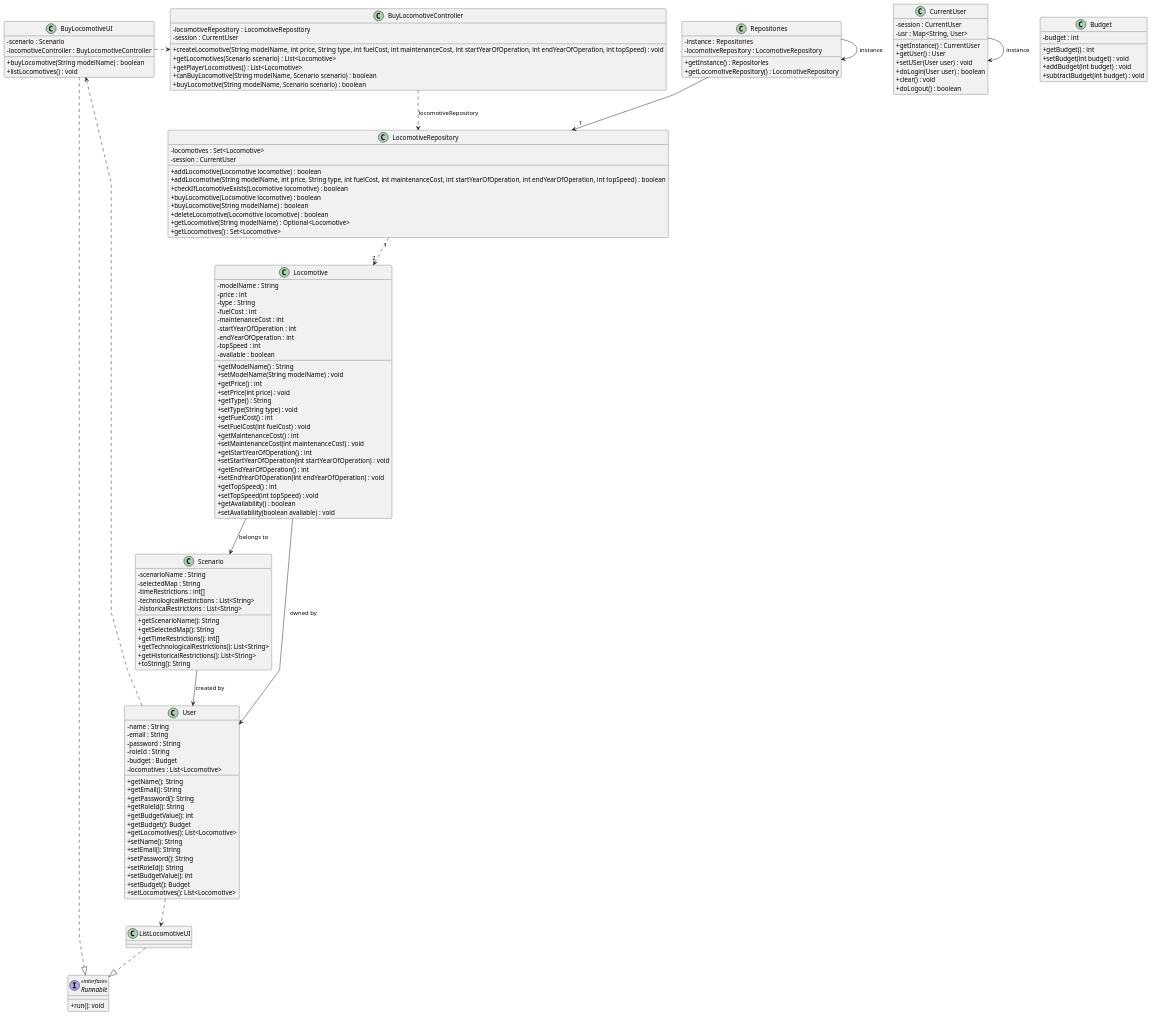
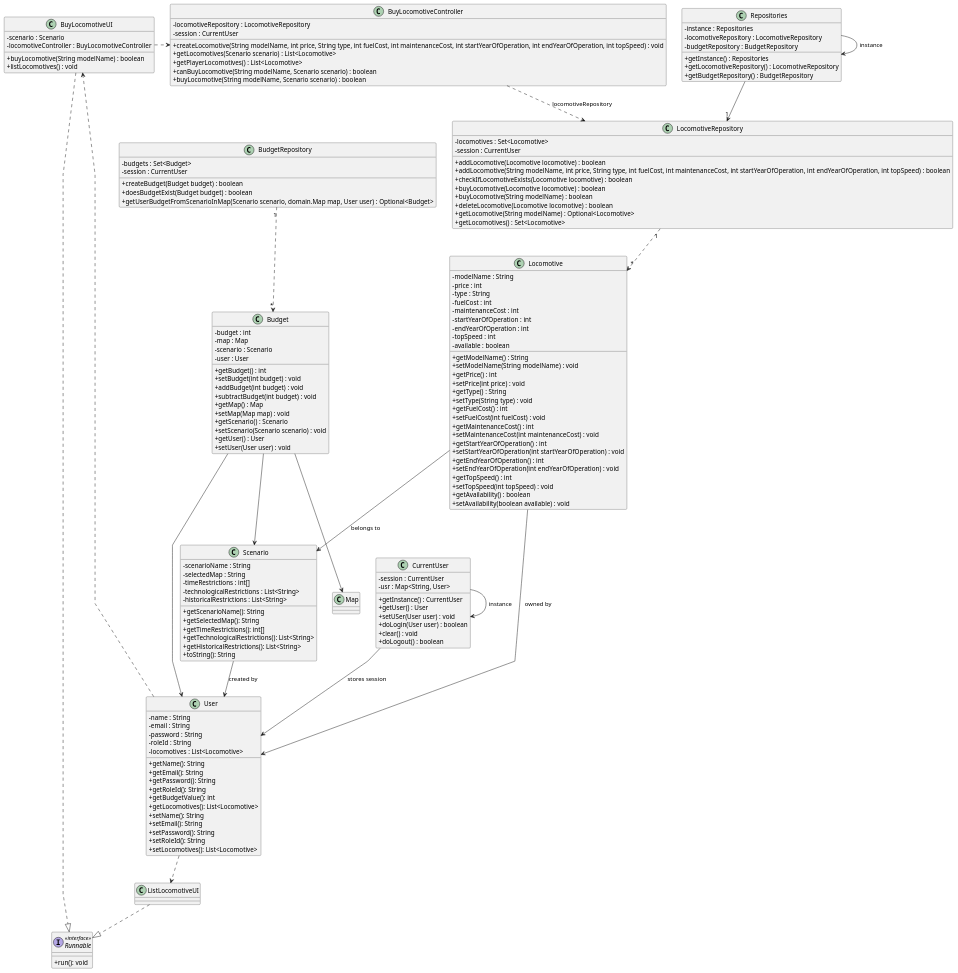
Before and after one commit to goncalolopesp/sem2-pi-24.25-g093-repo: the diagram in docs/system-documentation/US009/03.design/puml/US009-CD.puml, drawn with PlantUML.

Commit message:
US009 - Updated "Class Diagram"

```diff
--- a/docs/system-documentation/US009/03.design/puml/US009-CD.puml
+++ b/docs/system-documentation/US009/03.design/puml/US009-CD.puml
@@ -1,168 +1,189 @@
 @startuml US009-CD
 skinparam packageStyle rectangle
 skinparam shadowing false
 skinparam linetype polyline
 skinparam classAttributeIconSize 0
 
 'Domains
 
 class CurrentUser{
     - session : CurrentUser
     - usr : Map<String, User>
     + getInstance() : CurrentUser
     + getUser() : User
     + setUSer(User user) : void
     + doLogin(User user) : boolean
     + clear() : void
     + doLogout() : boolean
 }
 
 class Budget{
     - budget : int
+    - map : Map
+    - scenario : Scenario
+    - user : User
     + getBudget() : int
     + setBudget(int budget) : void
     + addBudget(int budget) : void
     + subtractBudget(int budget) : void
+    + getMap() : Map
+    + setMap(Map map) : void
+    + getScenario() : Scenario
+    + setScenario(Scenario scenario) : void
+    + getUser() : User
+    + setUser(User user) : void
 }
 
 class Locomotive{
     - modelName : String
     - price : int
     - type : String
     - fuelCost : int
     - maintenanceCost : int
     - startYearOfOperation : int
     - endYearOfOperation : int
     - topSpeed : int
     - available : boolean
     + getModelName() : String
     + setModelName(String modelName) : void
     + getPrice() : int
     + setPrice(int price) : void
     + getType() : String
     + setType(String type) : void
     + getFuelCost() : int
     + setFuelCost(int fuelCost) : void
     + getMaintenanceCost() : int
     + setMaintenanceCost(int maintenanceCost) : void
     + getStartYearOfOperation() : int
     + setStartYearOfOperation(int startYearOfOperation) : void
     + getEndYearOfOperation() : int
     + setEndYearOfOperation(int endYearOfOperation) : void
     + getTopSpeed() : int
     + setTopSpeed(int topSpeed) : void
     + getAvailability() : boolean
     + setAvailability(boolean available) : void
 }
 
 class Scenario {
     - scenarioName : String
     - selectedMap : String
     - timeRestrictions : int[]
     - technologicalRestrictions : List<String>
     - historicalRestrictions : List<String>
     + getScenarioName(): String
     + getSelectedMap(): String
     + getTimeRestrictions(): int[]
     + getTechnologicalRestrictions(): List<String>
     + getHistoricalRestrictions(): List<String>
     + toString(): String
 }
 
 class User {
     - name : String
     - email : String
     - password : String
     - roleId : String
-    - budget : Budget
     - locomotives : List<Locomotive>
     + getName(): String
     + getEmail(): String
     + getPassword(): String
     + getRoleId(): String
     + getBudgetValue(): int
-    + getBudget(): Budget
     + getLocomotives(): List<Locomotive>
     + setName(): String
     + setEmail(): String
     + setPassword(): String
     + setRoleId(): String
-    + setBudgetValue(): int
-    + setBudget(): Budget
     + setLocomotives(): List<Locomotive>
 }
 
 'UI
 
 class BuyLocomotiveUI{
     - scenario : Scenario
     - locomotiveController : BuyLocomotiveController
     + buyLocomotive(String modelName) : boolean
     + listLocomotives() : void
 }
 
 class ListLocomotiveUI {
 
 }
 
 'interface
 interface Runnable <<interface>>{
     +run(): void
 }
 
 'Controllers
 class BuyLocomotiveController{
     - locomotiveRepository : LocomotiveRepository
     - session : CurrentUser
     + createLocomotive(String modelName, int price, String type, int fuelCost, int maintenanceCost, int startYearOfOperation, int endYearOfOperation, int topSpeed) : void
     + getLocomotives(Scenario scenario) : List<Locomotive>
     + getPlayerLocomotives() : List<Locomotive>
     + canBuyLocomotive(String modelName, Scenario scenario) : boolean
     + buyLocomotive(String modelName, Scenario scenario) : boolean
 }
 
 'Repositories
 class Repositories {
     - instance : Repositories
     - locomotiveRepository : LocomotiveRepository
+    - budgetRepository : BudgetRepository
     + getInstance() : Repositories
     + getLocomotiveRepository() : LocomotiveRepository
+    + getBudgetRepository() : BudgetRepository
 }
 
 class LocomotiveRepository{
     - locomotives : Set<Locomotive>
     - session : CurrentUser
     + addLocomotive(Locomotive locomotive) : boolean
     + addLocomotive(String modelName, int price, String type, int fuelCost, int maintenanceCost, int startYearOfOperation, int endYearOfOperation, int topSpeed) : boolean
     + checkIfLocomotiveExists(Locomotive locomotive) : boolean
     + buyLocomotive(Locomotive locomotive) : boolean
     + buyLocomotive(String modelName) : boolean
     + deleteLocomotive(Locomotive locomotive) : boolean
     + getLocomotive(String modelName) : Optional<Locomotive>
     + getLocomotives() : Set<Locomotive>
+}
+
+class BudgetRepository{
+    - budgets : Set<Budget>
+    - session : CurrentUser
+    + createBudget(Budget budget) : boolean
+    + doesBudgetExist(Budget budget) : boolean
+    + getUserBudgetFromScenarioInMap(Scenario scenario, domain.Map map, User user) : Optional<Budget>
 }
 
 'Connections
 
 User ..> ListLocomotiveUI
 User ..> BuyLocomotiveUI
 
 ListLocomotiveUI ..|> Runnable
 BuyLocomotiveUI ..|> Runnable
 
 BuyLocomotiveUI .> BuyLocomotiveController
 
 BuyLocomotiveController ..> LocomotiveRepository : locomotiveRepository
 
 Repositories -> Repositories : instance
 Repositories --> "1" LocomotiveRepository
 
 CurrentUser -> CurrentUser : instance
 
-LocomotiveRepository "1" ..> "2" Locomotive
+LocomotiveRepository "1" ..> "*" Locomotive
+BudgetRepository "1"..>"*" Budget
 
+
+Budget --> Scenario
+Budget --> Map
+Budget --> User
+CurrentUser --> User : stores session
 Locomotive --> User : owned by
 Scenario --> User : created by
 Locomotive --> Scenario : belongs to
 
 @enduml
```
